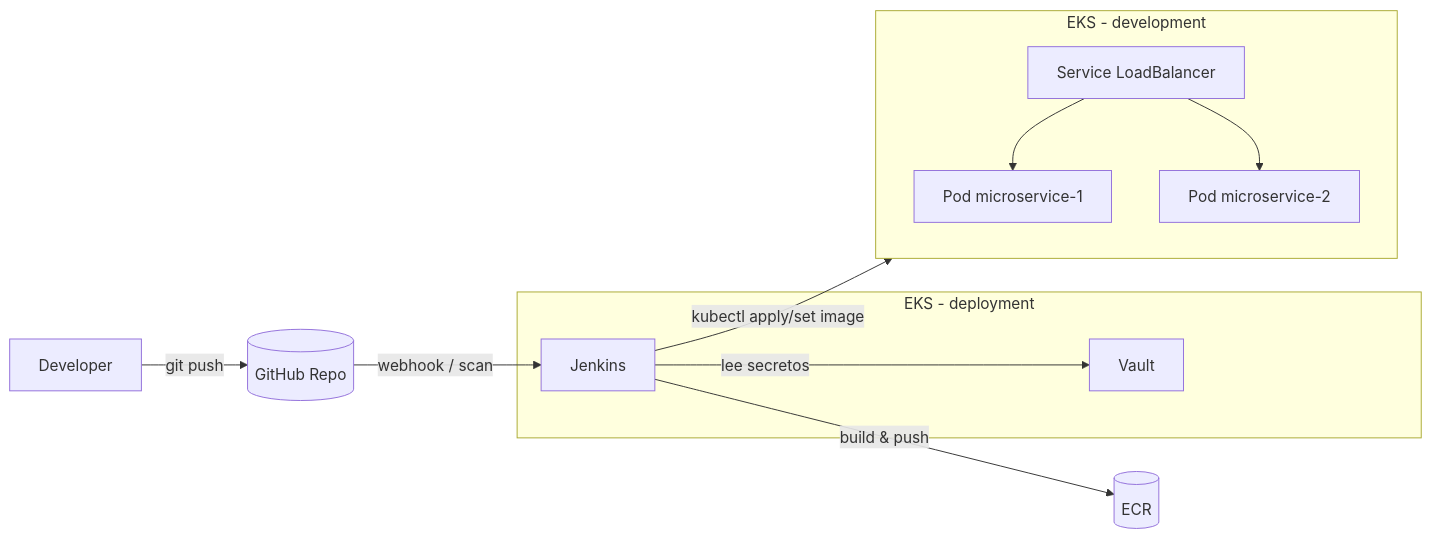
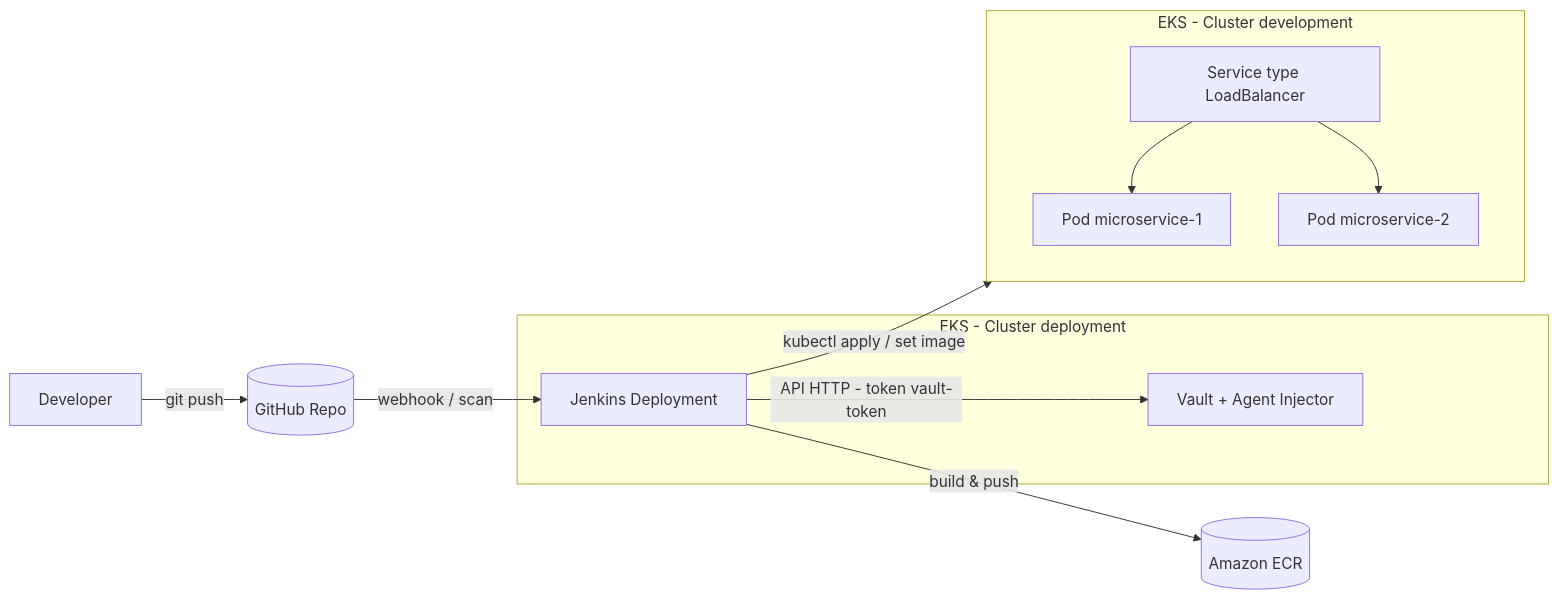
One commit to Alecho02/eks_jenkins_vault changed the second of 2 diagrams in README.md. Above: the diagram before and after it, drawn with Mermaid. The commit also changed other lines of this file, not shown here.

Commit message:
Agregando documentación y Readme.md

````diff
--- a/README.md
+++ b/README.md
@@ -529,22 +531,24 @@
 ```mermaid
+---
+config:
+  theme: default
+---
 flowchart LR
   Dev[Developer] -->|git push| GitHub[(GitHub Repo)]
-  GitHub -->|webhook / scan| JN[Jenkins]
-
-  subgraph ClusterDeployment [EKS - deployment]
-    JN
-    VT[Vault]
+  subgraph EKS_deploy [EKS - Cluster deployment]
+    JN[Jenkins Deployment]
+    VT[Vault + Agent Injector]
   end
-
-  subgraph ClusterDevelopment [EKS - development]
-    LB[Service LoadBalancer]
+  subgraph EKS_dev [EKS - Cluster development]
+    LB[Service type LoadBalancer]
     MS1[Pod microservice-1]
     MS2[Pod microservice-2]
   end
-
-  JN -->|lee secretos| VT
-  JN -->|build & push| ECR[(ECR)]
-  JN -->|kubectl apply/set image| ClusterDevelopment
+  GitHub -->|webhook / scan| JN
+  JN -->|API HTTP - token vault-token| VT
+  JN -->|build & push| ECR[(Amazon ECR)]
+  JN -->|kubectl apply / set image| EKS_dev
   LB --> MS1
   LB --> MS2
+
 ```
````
